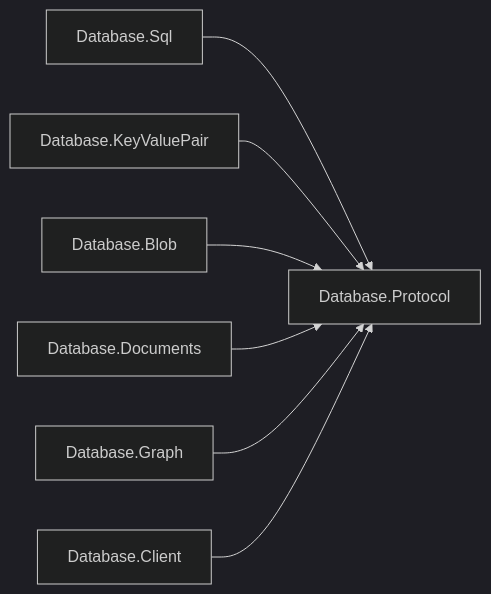
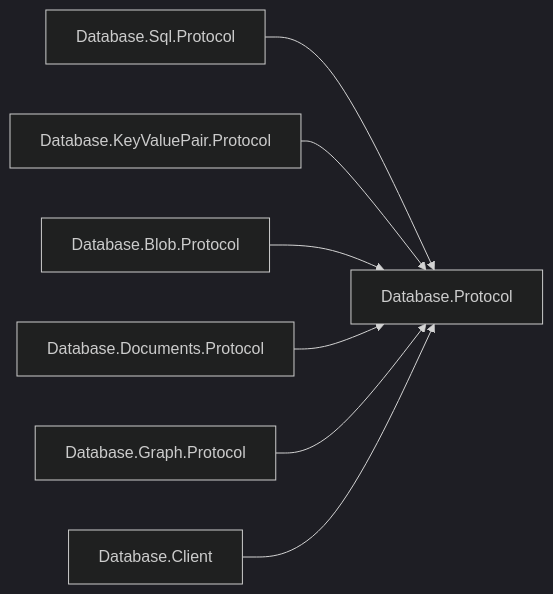
Before and after one commit to assimalign/cohesion-docs: the first of 4 diagrams in docs/dotnet-apis/resources/database/assimalign-cohesion-database-protocol/design.md, drawn with Mermaid (dark theme). The commit also changed other lines of this file and 360 other files, not shown here.

First line of the commit message:
docs(database): consolidated model packages, Protocol packages and client migration (#9)

````diff
--- a/docs/dotnet-apis/resources/database/assimalign-cohesion-database-protocol/design.md
+++ b/docs/dotnet-apis/resources/database/assimalign-cohesion-database-protocol/design.md
@@ -17,9 +17,9 @@
 ```mermaid
 flowchart LR
-    Sql["Database.Sql"] --> Core["Database.Protocol"]
-    Kv["Database.KeyValuePair"] --> Core
-    Blob["Database.Blob"] --> Core
-    Docs["Database.Documents"] --> Core
-    Graph["Database.Graph"] --> Core
+    Sql["Database.Sql.Protocol"] --> Core["Database.Protocol"]
+    Kv["Database.KeyValuePair.Protocol"] --> Core
+    Blob["Database.Blob.Protocol"] --> Core
+    Docs["Database.Documents.Protocol"] --> Core
+    Graph["Database.Graph.Protocol"] --> Core
     Client["Database.Client"] --> Core
 ```
````
